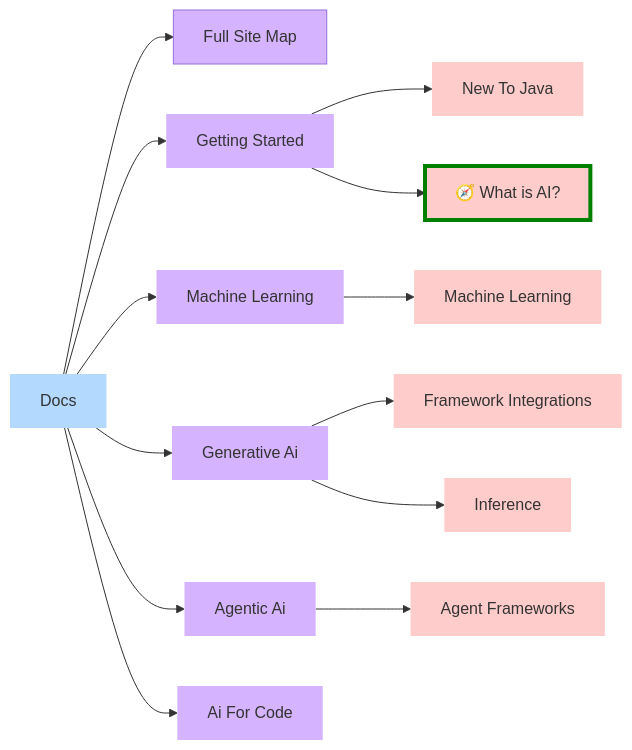
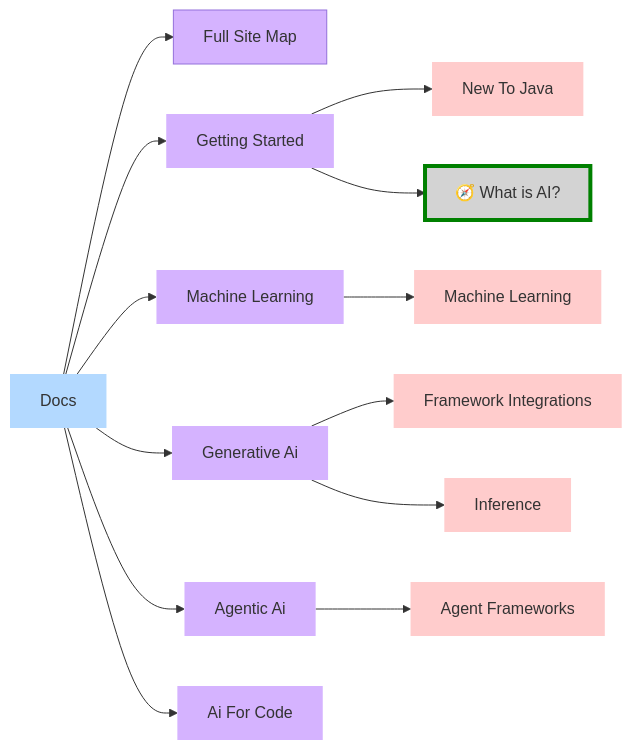
The diagram in docusaurus-resource/docs/index.md (alexarguello/flatmap-docs-kit), drawn with Mermaid before and after one commit. The commit also changed other lines of this file and 10 other files, not shown here.

````diff
--- a/docusaurus-resource/docs/index.md
+++ b/docusaurus-resource/docs/index.md
@@ -11,59 +11,59 @@
 ```mermaid
 graph LR
 root["Docs"]
 full_sitemap_md["Full Site Map"]
 root --> full_sitemap_md
 n_00_getting_started["Getting Started"]
 root --> n_00_getting_started
 n_00_getting_started_05_new_to_java["New To Java"]
 n_00_getting_started --> n_00_getting_started_05_new_to_java
 n_00_getting_started_what_is_ai_md["🧭 What is AI?"]
 n_00_getting_started --> n_00_getting_started_what_is_ai_md
 n_10_machine_learning["Machine Learning"]
 root --> n_10_machine_learning
 n_10_machine_learning_machine_learning["Machine Learning"]
 n_10_machine_learning --> n_10_machine_learning_machine_learning
 n_20_generative_ai["Generative Ai"]
 root --> n_20_generative_ai
 n_20_generative_ai_50_framework_integrations["Framework Integrations"]
 n_20_generative_ai --> n_20_generative_ai_50_framework_integrations
 n_20_generative_ai_inference["Inference"]
 n_20_generative_ai --> n_20_generative_ai_inference
 n_30_agentic_ai["Agentic Ai"]
 root --> n_30_agentic_ai
 n_30_agentic_ai_20_agent_frameworks["Agent Frameworks"]
 n_30_agentic_ai --> n_30_agentic_ai_20_agent_frameworks
 n_40_ai_for_code["Ai For Code"]
 root --> n_40_ai_for_code
 click full_sitemap_md "/docs/full-sitemap"
 click n_00_getting_started "/docs/getting-started"
 click n_00_getting_started_05_new_to_java "/docs/getting-started/new-to-java"
 click n_00_getting_started_what_is_ai_md "/docs/getting-started/what-is-ai"
 click n_10_machine_learning "/docs/machine-learning"
 click n_10_machine_learning_machine_learning "/docs/machine-learning/machine-learning"
 click n_20_generative_ai "/docs/generative-ai"
 click n_20_generative_ai_50_framework_integrations "/docs/generative-ai/framework-integrations"
 click n_20_generative_ai_inference "/docs/generative-ai/inference"
 click n_30_agentic_ai "/docs/agentic-ai"
 click n_30_agentic_ai_20_agent_frameworks "/docs/agentic-ai/agent-frameworks"
 click n_40_ai_for_code "/docs/ai-for-code"
 classDef col0 fill:#b3d9ff,stroke:none;
 classDef col1 fill:#d5b3ff,stroke:none;
 classDef col2 fill:#ffcccc,stroke:none;
 class n_00_getting_started_05_new_to_java col2;
 class n_00_getting_started col1;
 class n_10_machine_learning_machine_learning col2;
 class n_10_machine_learning col1;
 class n_20_generative_ai_50_framework_integrations col2;
 class n_20_generative_ai_inference col2;
 class n_20_generative_ai col1;
 class n_30_agentic_ai_20_agent_frameworks col2;
 class n_30_agentic_ai col1;
 class n_40_ai_for_code col1;
 class root col0;
 classDef custom0 fill:#d5b3ff;
 class full_sitemap_md custom0;
-classDef custom1 fill:#ffcccc,stroke:green,stroke-width:4px,stroke-dasharray:0;
+classDef custom1 fill:lightgrey,stroke:green,stroke-width:4px,stroke-dasharray:0;
 class n_00_getting_started_what_is_ai_md custom1;
 linkStyle default interpolate basis
 ```
````
